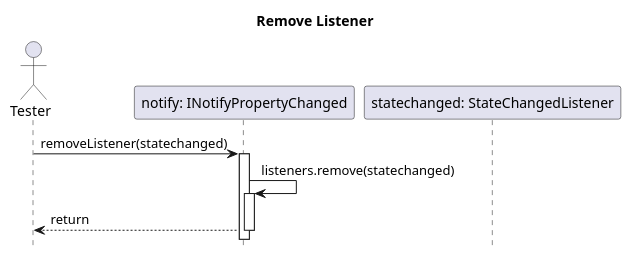
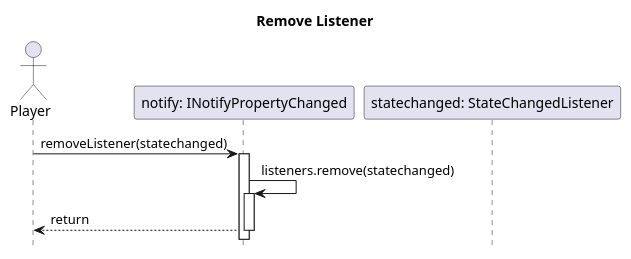
One commit to viseguard-studios/Documentation changed the diagram in docs/bead11/seq/removelistener.puml. Above: the diagram before and after it, drawn with PlantUML. The commit also changed 4 other files, not shown here.

```diff
--- a/docs/bead11/seq/removelistener.puml
+++ b/docs/bead11/seq/removelistener.puml
@@ -1,13 +1,13 @@
 @startuml
 hide footbox
 title Remove Listener
 
-actor Tester as tester
+actor Player as player
 participant "notify: INotifyPropertyChanged" as notify
 participant "statechanged: StateChangedListener" as statechanged
 
-tester -> notify++: removeListener(statechanged)
+player -> notify++: removeListener(statechanged)
 notify -> notify++: listeners.remove(statechanged)
-notify --> tester--: return
+notify --> player--: return
 
 @enduml
```
